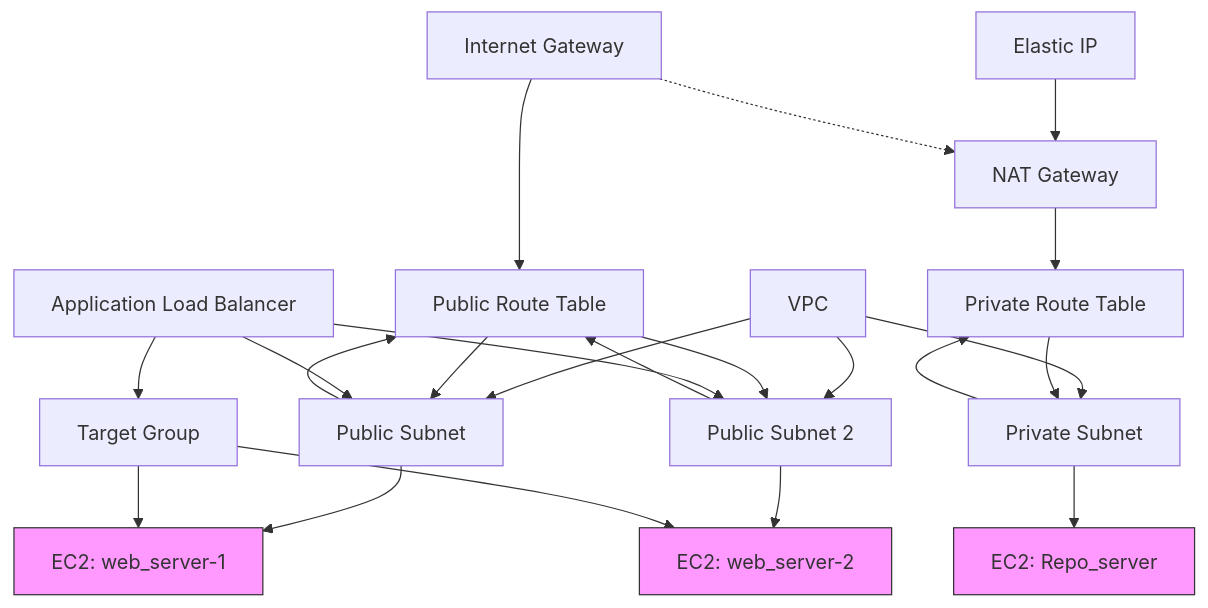
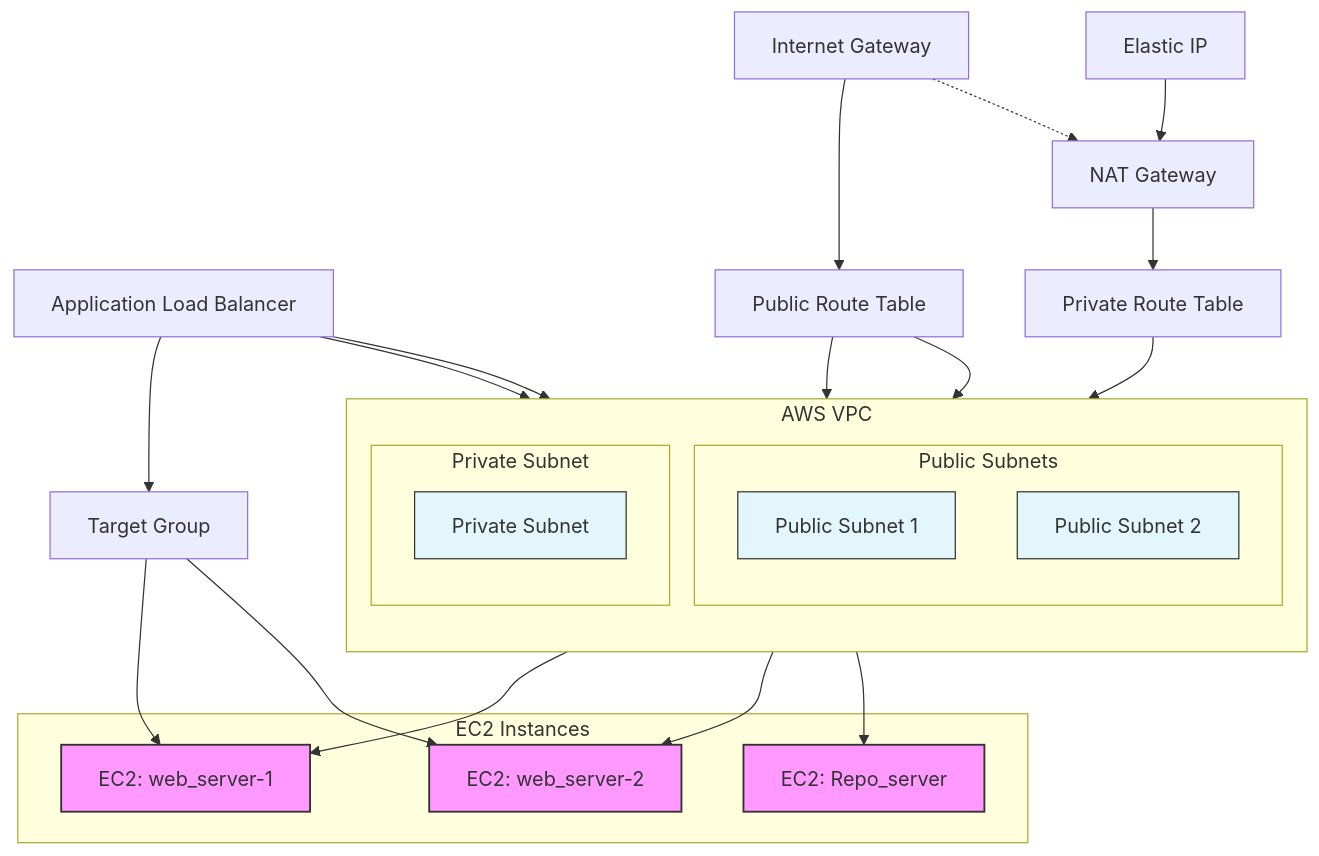
One commit to khannashiv/Terraform-Practice changed the diagram in Projects/Project-1/README.md. Above: the diagram before and after it, drawn with Mermaid.

````diff
--- a/Projects/Project-1/README.md
+++ b/Projects/Project-1/README.md
@@ -23,47 +23,62 @@
 ```mermaid
 flowchart TD
-    igw[Internet Gateway]
-    nat[NAT Gateway]
-    eip[Elastic IP]
-    vpc[VPC]
-    pub[Public Subnet]
-    pub2[Public Subnet 2]
-    priv[Private Subnet]
+  %% Networking Layer
+  subgraph AWS VPC
+    direction TB
+    subgraph Public Subnets
+      pub1[Public Subnet 1]
+      pub2[Public Subnet 2]
+    end
+    subgraph Private Subnet
+      priv[Private Subnet]
+    end
+  end
+
+  %% Compute Layer
+  subgraph EC2 Instances
     web1[EC2: web_server-1]
     web2[EC2: web_server-2]
     repo[EC2: Repo_server]
-    alb[Application Load Balancer]
-    tg[Target Group]
-    rt_pub[Public Route Table]
-    rt_priv[Private Route Table]
+  end
 
-    vpc --> pub
-    vpc --> pub2
-    vpc --> priv
-    pub --> web1
-    pub2 --> web2
-    priv --> repo
+  %% Load Balancer Layer
+  alb[Application Load Balancer]
+  tg[Target Group]
 
-    pub --> rt_pub
-    pub2 --> rt_pub
-    priv --> rt_priv
+  %% Networking Components
+  igw[Internet Gateway]
+  nat[NAT Gateway]
+  eip[Elastic IP]
+  rt_pub[Public Route Table]
+  rt_priv[Private Route Table]
 
-    igw --> rt_pub
-    rt_pub --> pub
-    rt_pub --> pub2
+  %% Connections
+  igw --> rt_pub
+  rt_pub --> pub1
+  rt_pub --> pub2
+  pub1 --> web1
+  pub2 --> web2
 
-    eip --> nat
-    nat --> rt_priv
-    rt_priv --> priv
+  eip --> nat
+  nat --> rt_priv
+  rt_priv --> priv
+  priv --> repo
 
-    igw -.-> nat
+  alb --> tg
+  tg --> web1
+  tg --> web2
+  alb --> pub1
+  alb --> pub2
 
-    alb --> tg
-    tg --> web1
-    tg --> web2
-    alb --> pub
-    alb --> pub2
+  %% Optional: Styling for clarity
+  classDef ec2 fill:#f9f,stroke:#333,stroke-width:1.5px;
+  class web1,web2,repo ec2;
+  classDef net fill:#e3f6fc,stroke:#333,stroke-width:1px;
+  class pub1,pub2,priv net;
 
-    classDef ec2 fill:#f9f,stroke:#333,stroke-width:1px;
-    class web1,web2,repo ec2;
+  %% Internet Gateway association
+  igw -.-> nat
+
+  %% Legends
+  %% You can add legend nodes if needed for further explanation
 ```
````
